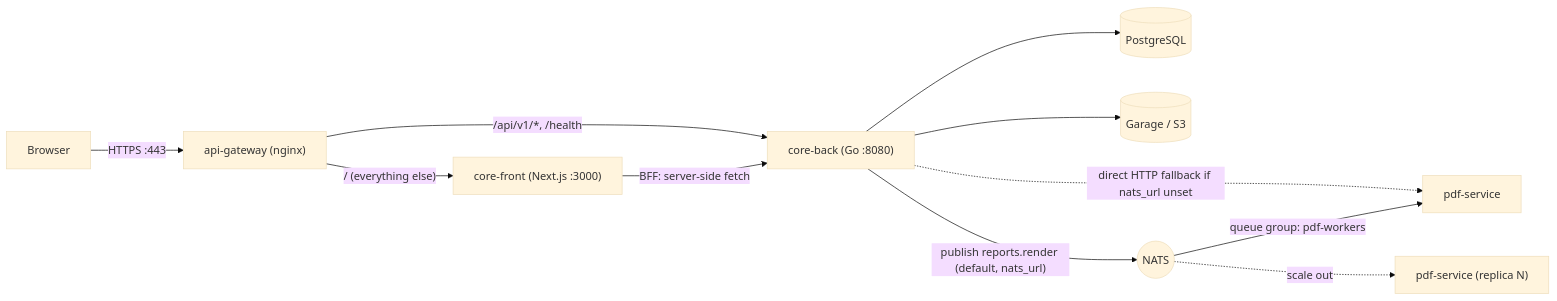
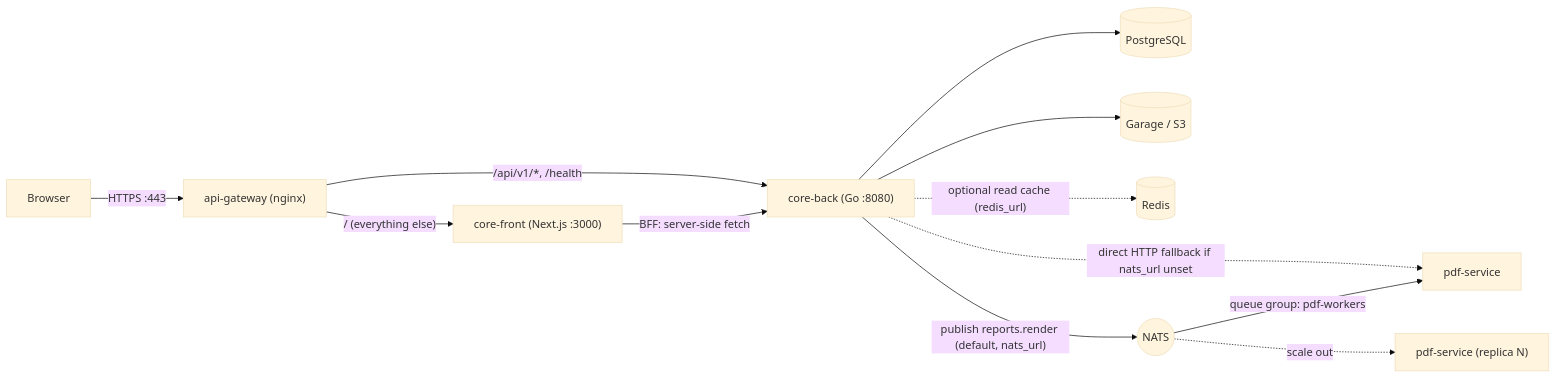
The diagram in CLAUDE.md (noiia/EERP), drawn with Mermaid (base theme) before and after one commit. The commit also changed other lines of this file and 23 other files, not shown here.

First line of the commit message:
feat(orm): optional Redis read cache; symbols for list filter comparisons

````diff
--- a/CLAUDE.md
+++ b/CLAUDE.md
@@ -199,13 +201,14 @@
 ```mermaid
 flowchart LR
     Browser -->|"HTTPS :443"| Gateway["api-gateway (nginx)"]
     Gateway -->|"/ (everything else)"| Front["core-front (Next.js :3000)"]
     Gateway -->|"/api/v1/*, /health"| Back["core-back (Go :8080)"]
     Front -->|"BFF: server-side fetch"| Back
     Back --> DB[("PostgreSQL")]
     Back --> Garage[("Garage / S3")]
+    Back -.->|"optional read cache (redis_url)"| Redis[("Redis")]
     Back -->|"publish reports.render (default, nats_url)"| NATS(("NATS"))
     Back -.->|"direct HTTP fallback if nats_url unset"| PDF1
     NATS -->|"queue group: pdf-workers"| PDF1["pdf-service"]
     NATS -.->|"scale out"| PDF2["pdf-service (replica N)"]
 ```
````
